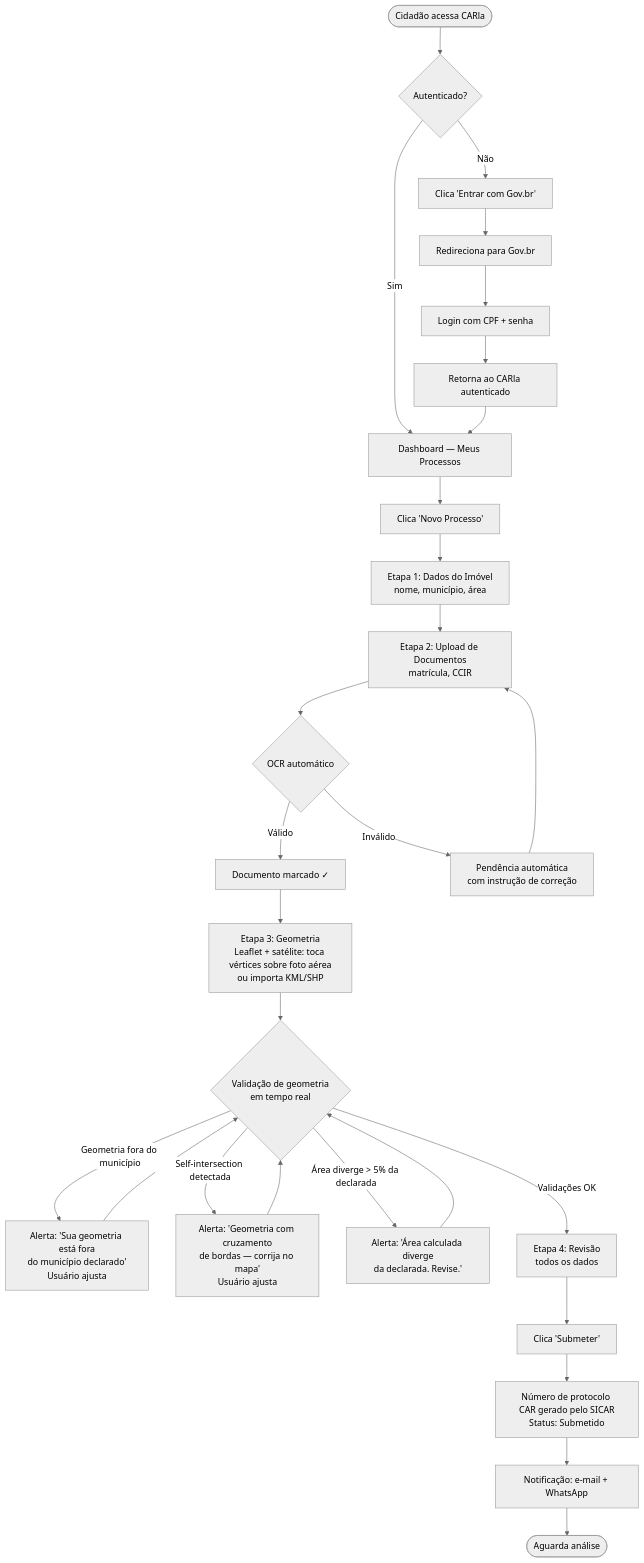
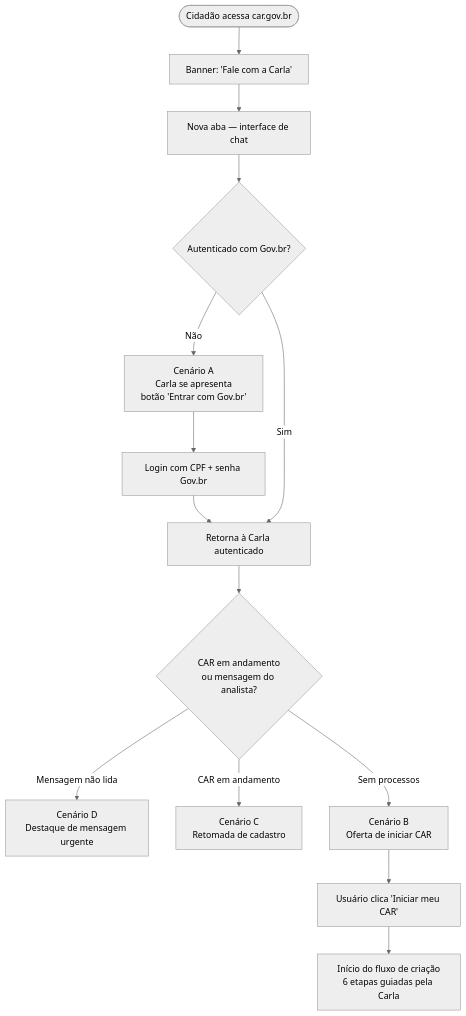
Before and after one commit to gresas/carla-cadastro-rural: the first of 3 diagrams in website/docs/design/fluxos/cidadao.md, drawn with Mermaid (neutral theme). The commit also changed other lines of this file and 32 other files, not shown here.

First line of the commit message:
docs: atualizar paradigma do canal WhatsApp → interface web própria

````diff
--- a/website/docs/design/fluxos/cidadao.md
+++ b/website/docs/design/fluxos/cidadao.md
@@ -16,32 +16,19 @@
 ```mermaid
 flowchart TD
-    A([Cidadão acessa CARla]) --> B{Autenticado?}
-    B -- Não --> C[Clica 'Entrar com Gov.br']
-    C --> D[Redireciona para Gov.br]
-    D --> E[Login com CPF + senha]
-    E --> F[Retorna ao CARla autenticado]
-    B -- Sim --> G
-    F --> G[Dashboard — Meus Processos]
+    A([Cidadão acessa car.gov.br]) --> B["Banner: 'Fale com a Carla'"]
+    B --> C[Nova aba — interface de chat]
+    C --> D{Autenticado com Gov.br?}
 
-    G --> H[Clica 'Novo Processo']
-    H --> I[Etapa 1: Dados do Imóvel\nnome, município, área]
-    I --> J[Etapa 2: Upload de Documentos\nmatrícula, CCIR]
-    J --> K{OCR automático}
-    K -- Válido --> L[Documento marcado ✓]
-    K -- Inválido --> M[Pendência automática\ncom instrução de correção]
-    M --> J
+    D -- Não --> E["Cenário A\nCarla se apresenta\nbotão 'Entrar com Gov.br'"]
+    E --> F[Login com CPF + senha Gov.br]
+    F --> G[Retorna à Carla autenticado]
 
-    L --> N[Etapa 3: Geometria\nLeaflet + satélite: toca vértices sobre foto aérea\nou importa KML/SHP]
-    N --> NA{Validação de geometria\nem tempo real}
-    NA -- Geometria fora do município --> NB[Alerta: 'Sua geometria está fora\ndo município declarado'\nUsuário ajusta]
-    NB --> NA
-    NA -- Self-intersection detectada --> NC[Alerta: 'Geometria com cruzamento\nde bordas — corrija no mapa'\nUsuário ajusta]
-    NC --> NA
-    NA -- Área diverge > 5% da declarada --> ND[Alerta: 'Área calculada diverge\nda declarada. Revise.']
-    ND --> NA
-    NA -- Validações OK --> O[Etapa 4: Revisão\ntodos os dados]
-    O --> P[Clica 'Submeter']
-    P --> Q[Número de protocolo CAR gerado pelo SICAR\nStatus: Submetido]
-    Q --> R[Notificação: e-mail + WhatsApp]
-    R --> S([Aguarda análise])
+    D -- Sim --> G
+    G --> H{CAR em andamento\nou mensagem do analista?}
+    H -- Mensagem não lida --> I["Cenário D\nDestaque de mensagem urgente"]
+    H -- CAR em andamento --> J["Cenário C\nRetomada de cadastro"]
+    H -- Sem processos --> K["Cenário B\nOferta de iniciar CAR"]
+
+    K --> L[Usuário clica 'Iniciar meu CAR']
+    L --> M[Início do fluxo de criação\n6 etapas guiadas pela Carla]
 ```
````
